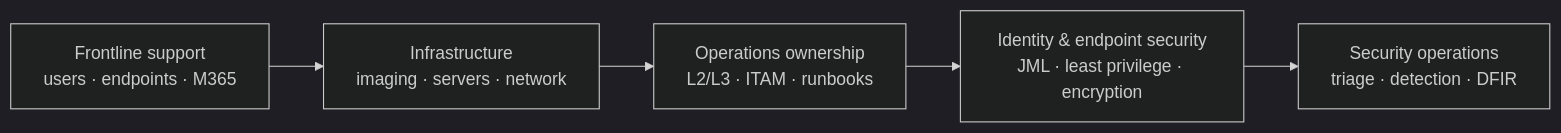
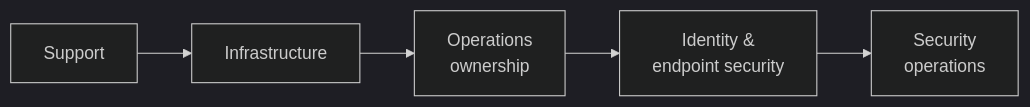
The diagram in README.md (marcuspaula-seceng/marcuspaula-seceng), drawn with Mermaid (dark theme) before and after one commit. The commit also changed other lines of this file, not shown here.

Commit message:
Profile: readable career timeline table

````diff
--- a/README.md
+++ b/README.md
@@ -56,7 +49,4 @@
 ```mermaid
 flowchart LR
-    A["Frontline support<br/>users · endpoints · M365"] --> B["Infrastructure<br/>imaging · servers · network"]
-    B --> C["Operations ownership<br/>L2/L3 · ITAM · runbooks"]
-    C --> D["Identity & endpoint security<br/>JML · least privilege · encryption"]
-    D --> E["Security operations<br/>triage · detection · DFIR"]
+    A["Support"] --> B["Infrastructure"] --> C["Operations<br/>ownership"] --> D["Identity &<br/>endpoint security"] --> E["Security<br/>operations"]
 ```
````
